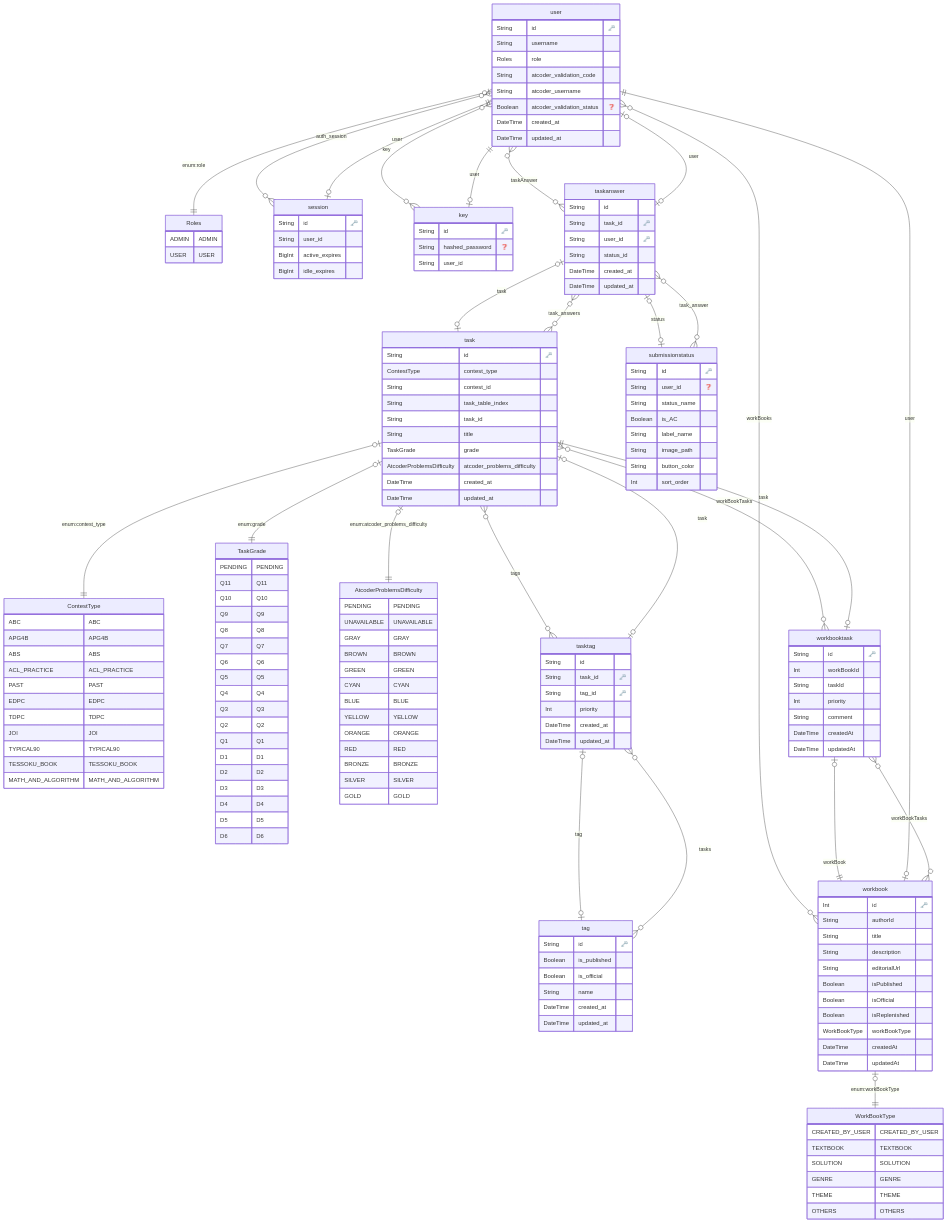
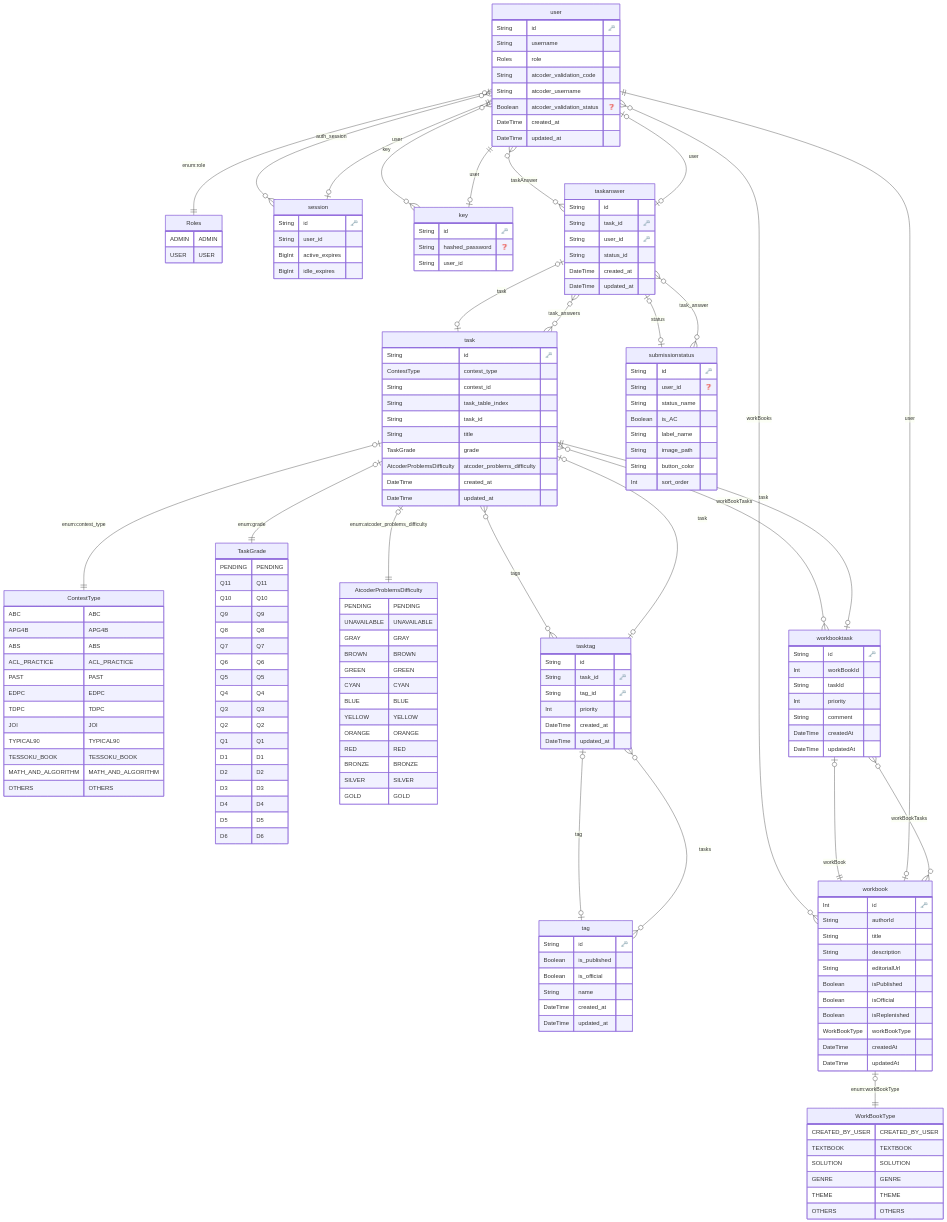
Before and after one commit to AtCoder-NoviSteps/AtCoderNoviSteps: the diagram in prisma/ERD.md, drawn with Mermaid. The commit also changed 3 other files, not shown here.

```diff
--- a/prisma/ERD.md
+++ b/prisma/ERD.md
@@ -20,6 +20,7 @@
 TYPICAL90 TYPICAL90
 TESSOKU_BOOK TESSOKU_BOOK
 MATH_AND_ALGORITHM MATH_AND_ALGORITHM
+OTHERS OTHERS
         }
     
 
```
